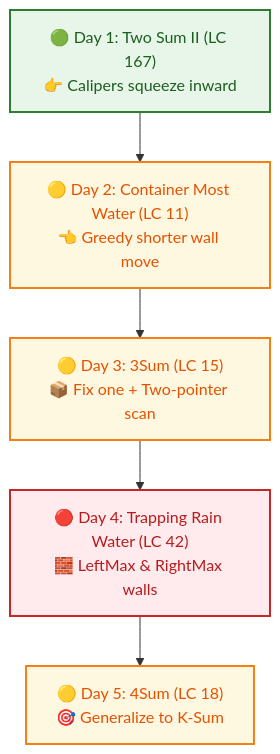
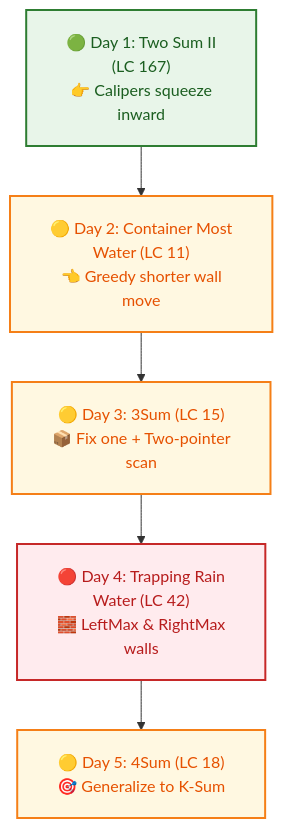
The first of 19 diagrams in Senior_dsa_question_list.md (dip4k/DSA_102), drawn with Mermaid before and after one commit. The commit also changed other lines of this file and 108 other files, not shown here.

First line of the commit message:
fix(mermaid): resolve diagram clipping, padding, and syntax issues across repo

````diff
--- a/Senior_dsa_question_list.md
+++ b/Senior_dsa_question_list.md
@@ -76,14 +76,15 @@
 ```mermaid
+%%{init: {"flowchart": {"htmlLabels": true, "padding": 20}}}%%
 flowchart TD
     classDef startNode fill:#e8f5e9,stroke:#2e7d32,stroke-width:2px,color:#1b5e20
     classDef midNode fill:#fff8e1,stroke:#f57f17,stroke-width:2px,color:#e65100
     classDef hardNode fill:#ffebee,stroke:#c62828,stroke-width:2px,color:#b71c1c
 
-    A["🟢 Day 1: Two Sum II (LC 167)<br/>👉 Calipers squeeze inward"]:::startNode
-    B["🟡 Day 2: Container Most Water (LC 11)<br/>👈 Greedy shorter wall move"]:::midNode
-    C["🟡 Day 3: 3Sum (LC 15)<br/>📦 Fix one + Two-pointer scan"]:::midNode
-    D["🔴 Day 4: Trapping Rain Water (LC 42)<br/>🧱 LeftMax & RightMax walls"]:::hardNode
+    A["🟢 Day 1: Two Sum II<br/>(LC 167)<br/>👉 Calipers squeeze<br/>inward"]:::startNode
+    B["🟡 Day 2: Container Most<br/>Water (LC 11)<br/>👈 Greedy shorter wall<br/>move"]:::midNode
+    C["🟡 Day 3: 3Sum (LC 15)<br/>📦 Fix one + Two-pointer<br/>scan"]:::midNode
+    D["🔴 Day 4: Trapping Rain<br/>Water (LC 42)<br/>🧱 LeftMax & RightMax<br/>walls"]:::hardNode
     E["🟡 Day 5: 4Sum (LC 18)<br/>🎯 Generalize to K-Sum"]:::midNode
 
     A --> B --> C --> D --> E
 ```
````
